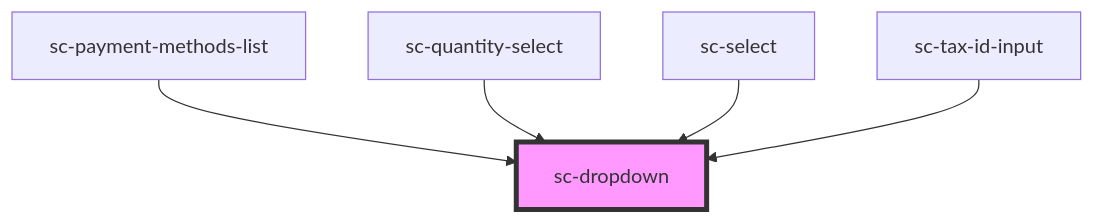
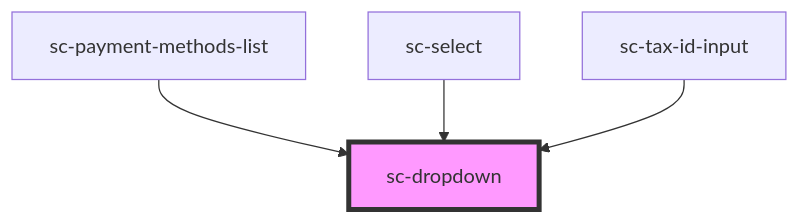
One commit to surecart/surecart-wp-plugin changed the diagram in packages/components/src/components/ui/dropdown/readme.md. Above: the diagram before and after it, drawn with Mermaid. The commit also changed other lines of this file and 88 other files, not shown here.

````diff
--- a/packages/components/src/components/ui/dropdown/readme.md
+++ b/packages/components/src/components/ui/dropdown/readme.md
@@ -47,8 +46,7 @@
 ```mermaid
 graph TD;
   sc-payment-methods-list --> sc-dropdown
-  sc-quantity-select --> sc-dropdown
   sc-select --> sc-dropdown
   sc-tax-id-input --> sc-dropdown
   style sc-dropdown fill:#f9f,stroke:#333,stroke-width:4px
 ```
````
